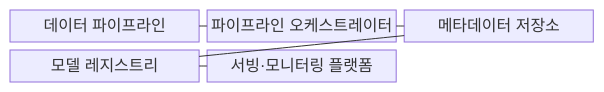
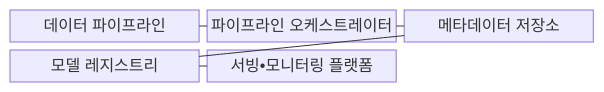
Before and after one commit to agnusdei1207/knowledge-base: the first of 2 diagrams in src/content/docs/notes/08-latest-tech/128_mlops.md, drawn with Mermaid. The commit also changed other lines of this file and 953 other files, not shown here.

````diff
--- a/src/content/docs/notes/08-latest-tech/128_mlops.md
+++ b/src/content/docs/notes/08-latest-tech/128_mlops.md
@@ -70,13 +70,13 @@
 ```mermaid
 block-beta
   columns 3
   data["데이터 파이프라인"]
   orchestration["파이프라인 오케스트레이터"]
   metadata["메타데이터 저장소"]
   registry["모델 레지스트리"]
-  serving["서빙·모니터링 플랫폼"]
+  serving["서빙•모니터링 플랫폼"]
   data --- orchestration
   orchestration --- metadata
   metadata --- registry
   registry --- serving
 ```
````
